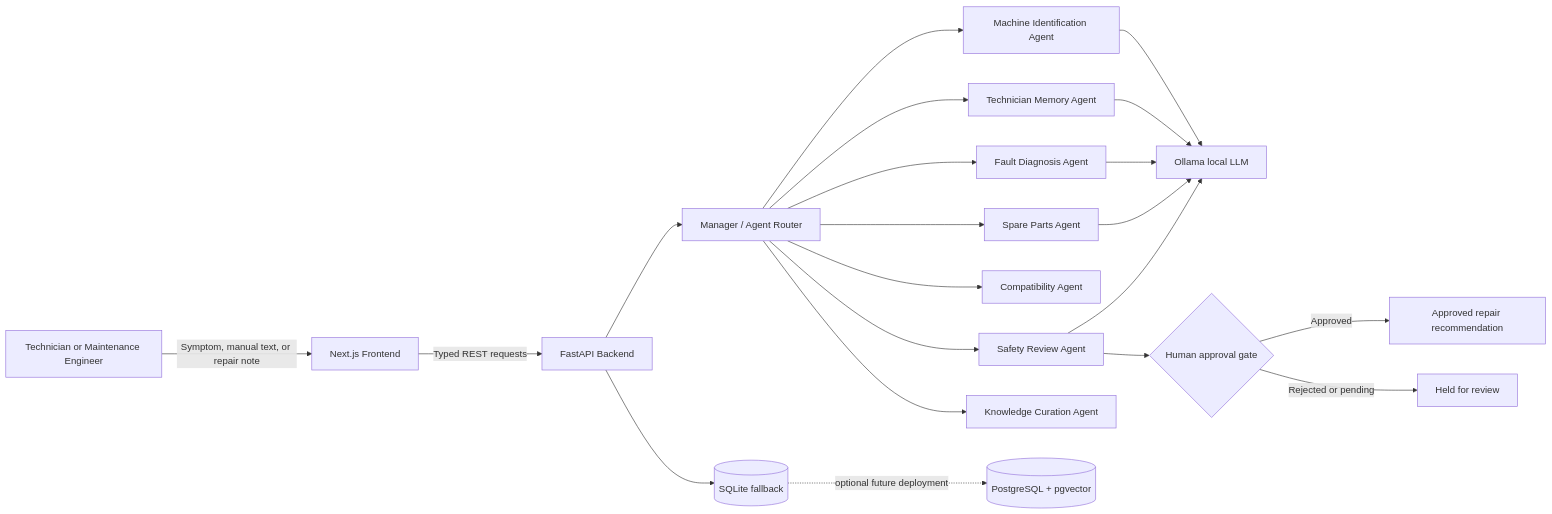
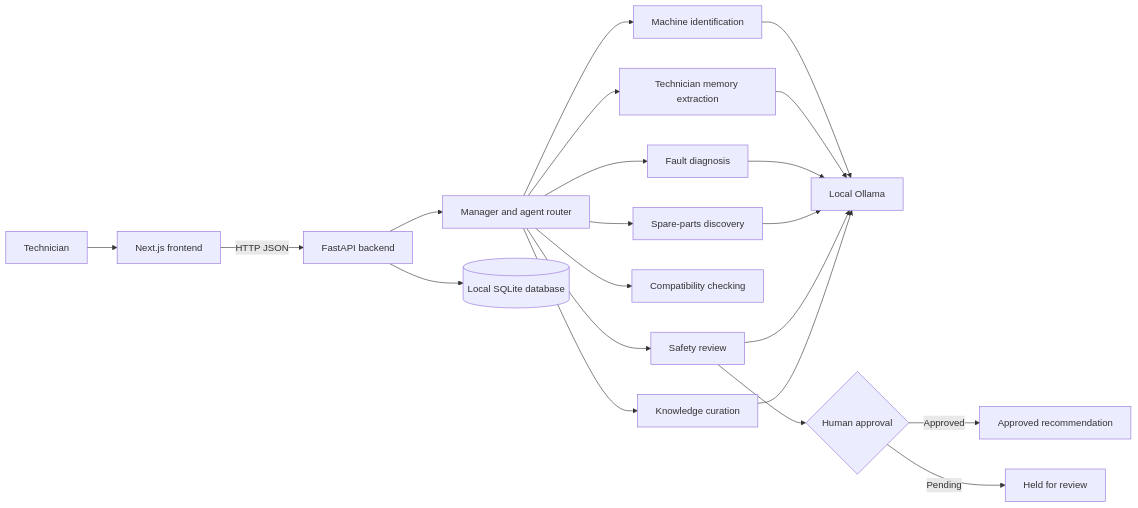
Before and after one commit to JasNahar/ecommerce-business-analytics: the first of 2 diagrams in README.md, drawn with Mermaid. The commit also changed other lines of this file and 9 other files, not shown here.

````diff
--- a/README.md
+++ b/README.md
@@ -9,26 +9,26 @@
 ```mermaid
 flowchart LR
-    U[Technician or Maintenance Engineer] -->|Symptom, manual text, or repair note| FE[Next.js Frontend]
-    FE -->|Typed REST requests| API[FastAPI Backend]
-    API --> M[Manager / Agent Router]
+    U[Technician] --> FE[Next.js frontend]
+    FE -->|HTTP JSON| API[FastAPI backend]
+    API --> M[Manager and agent router]
 
-    M --> I[Machine Identification Agent]
-    M --> T[Technician Memory Agent]
-    M --> D[Fault Diagnosis Agent]
-    M --> P[Spare Parts Agent]
-    M --> C[Compatibility Agent]
-    M --> S[Safety Review Agent]
-    M --> K[Knowledge Curation Agent]
+    M --> I[Machine identification]
+    M --> T[Technician memory extraction]
+    M --> D[Fault diagnosis]
+    M --> P[Spare-parts discovery]
+    M --> C[Compatibility checking]
+    M --> S[Safety review]
+    M --> K[Knowledge curation]
 
-    I --> O[Ollama local LLM]
+    I --> O[Local Ollama]
     T --> O
     D --> O
     P --> O
     S --> O
+    K --> O
 
-    API --> DB[(SQLite fallback)]
-    DB -. optional future deployment .-> PG[(PostgreSQL + pgvector)]
-    S --> H{Human approval gate}
-    H -->|Approved| R[Approved repair recommendation]
-    H -->|Rejected or pending| X[Held for review]
+    API --> DB[(Local SQLite database)]
+    S --> H{Human approval}
+    H -->|Approved| R[Approved recommendation]
+    H -->|Pending| X[Held for review]
 ```
````
